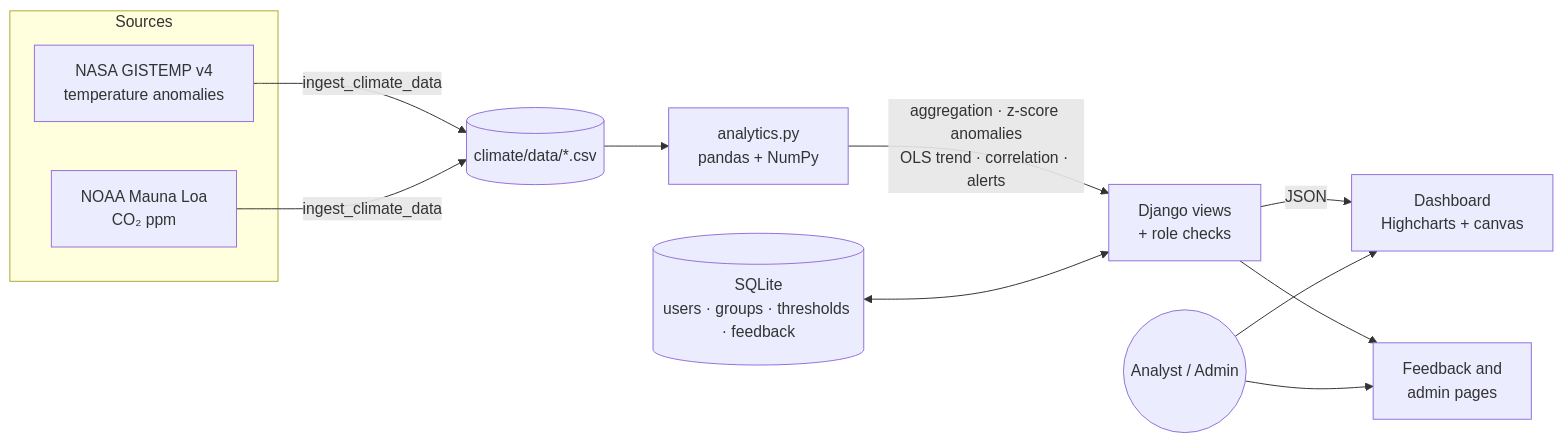
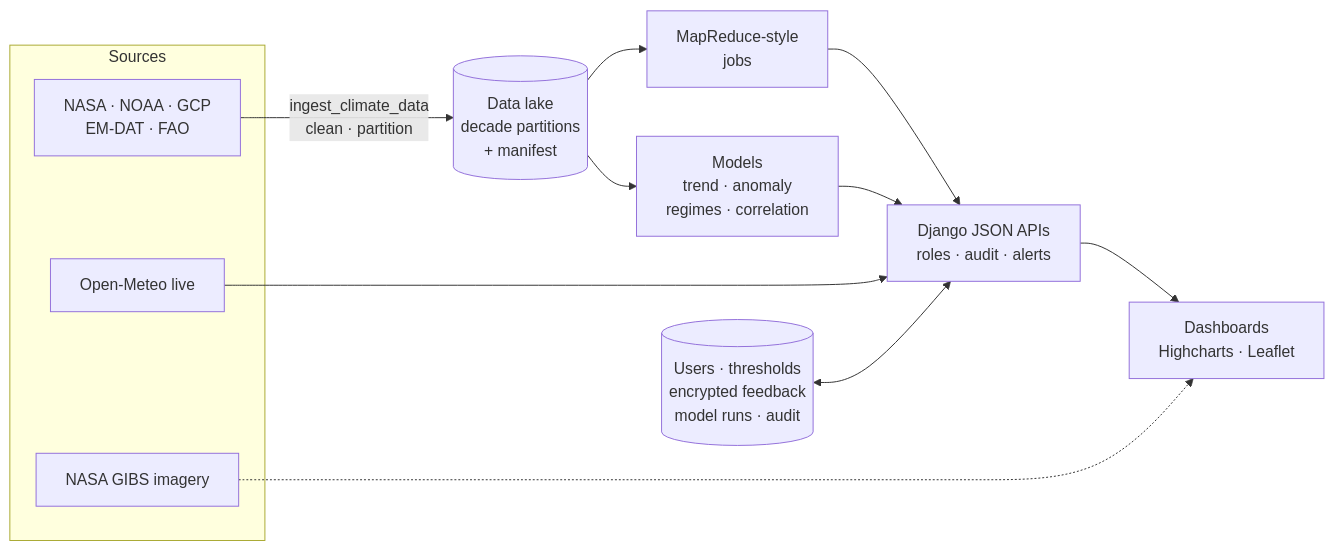
The diagram in README.md (ari161-bit/climate-change-dashboard), drawn with Mermaid before and after one commit. The commit also changed other lines of this file and 144 other files, not shown here.

First line of the commit message:
Rebuild as a full climate-analytics platform per the eProject brief

````diff
--- a/README.md
+++ b/README.md
@@ -82,14 +92,16 @@
 ```mermaid
 flowchart LR
     subgraph Sources
-        N[NASA GISTEMP v4<br/>temperature anomalies]
-        C[NOAA Mauna Loa<br/>CO₂ ppm]
+        S1[NASA · NOAA · GCP<br/>EM-DAT · FAO]
+        S2[Open-Meteo live]
+        S3[NASA GIBS imagery]
     end
-    N & C -->|ingest_climate_data| CSV[(climate/data/*.csv)]
-    CSV --> A[analytics.py<br/>pandas + NumPy]
-    A -->|aggregation · z-score anomalies<br/>OLS trend · correlation · alerts| V[Django views<br/>+ role checks]
-    DB[(SQLite<br/>users · groups · thresholds · feedback)] <--> V
-    V -->|JSON| UI[Dashboard<br/>Highcharts + canvas]
-    V --> P[Feedback and<br/>admin pages]
-    U((Analyst / Admin)) --> UI & P
+    S1 -->|ingest_climate_data<br/>clean · partition| L[(Data lake<br/>decade partitions<br/>+ manifest)]
+    L --> MR[MapReduce-style<br/>jobs]
+    L --> ML[Models<br/>trend · anomaly<br/>regimes · correlation]
+    MR & ML --> API[Django JSON APIs<br/>roles · audit · alerts]
+    S2 --> API
+    DB[(Users · thresholds<br/>encrypted feedback<br/>model runs · audit)] <--> API
+    API --> UI[Dashboards<br/>Highcharts · Leaflet]
+    S3 -.-> UI
 ```
````
